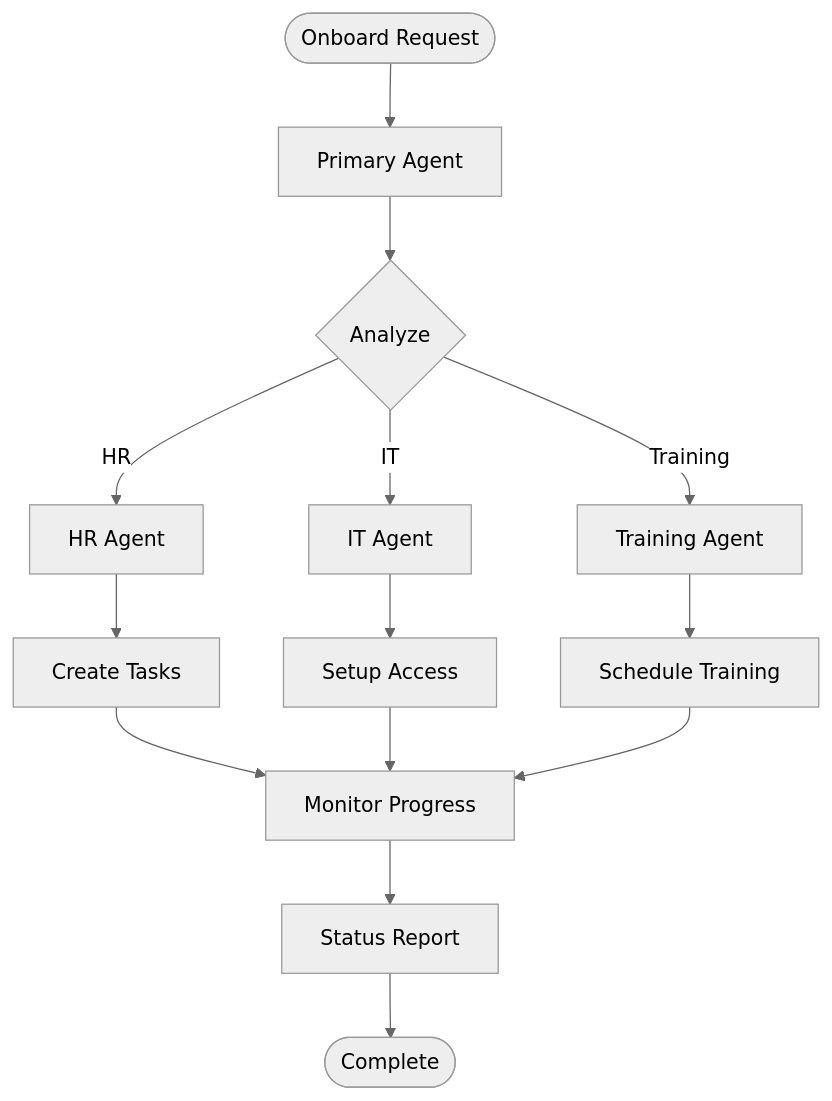
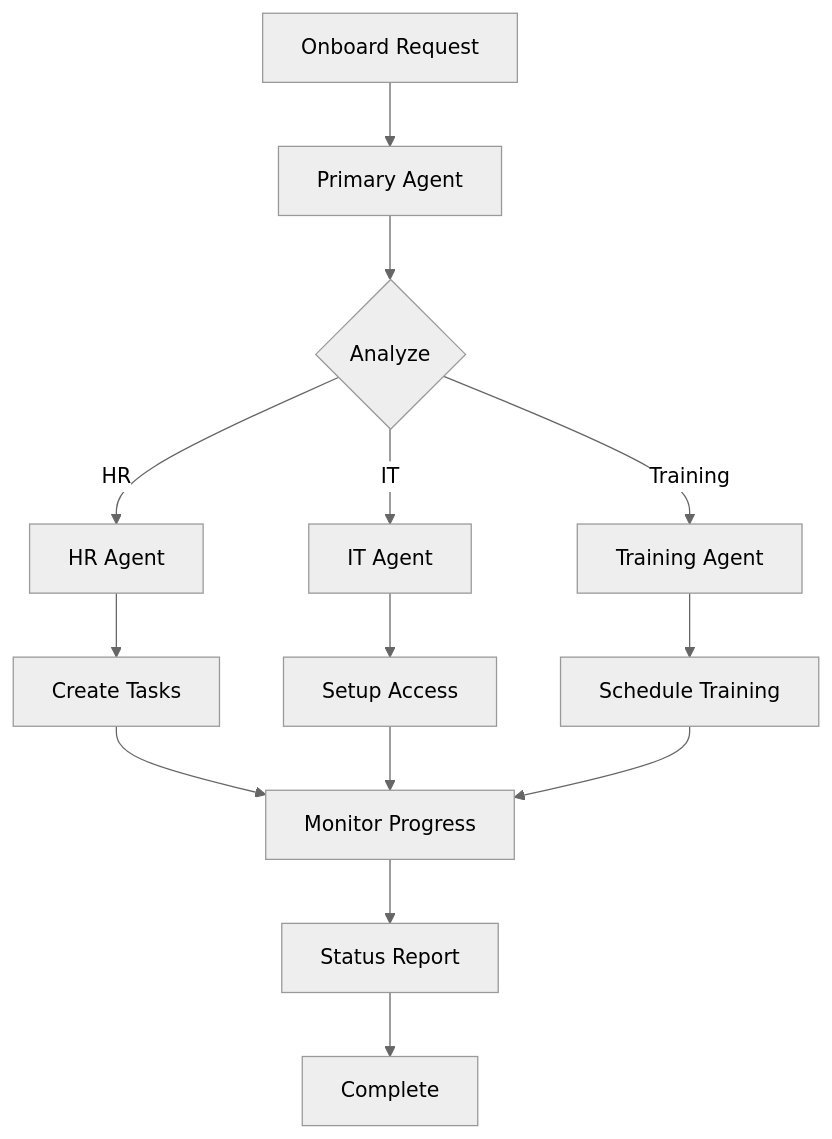
Before and after one commit to tallyfy/documentation: the second of 3 diagrams in src/content/docs/pro/integrations/mcp-server/microsoft-copilot-studio/index.mdx, drawn with Mermaid. The commit also changed other lines of this file and 46 other files, not shown here.

Commit message:
Update Mermaid notation

````diff
--- a/src/content/docs/pro/integrations/mcp-server/microsoft-copilot-studio/index.mdx
+++ b/src/content/docs/pro/integrations/mcp-server/microsoft-copilot-studio/index.mdx
@@ -91,25 +91,25 @@
 ```mermaid
 %%{init: {'theme':'neutral'}}%%
 flowchart TD
-    Start([Onboard Request]) --> Primary[Primary Agent]
-    
-    Primary --> Analyze{Analyze}
-    
-    Analyze -->|HR| HR[HR Agent]
-    Analyze -->|IT| IT[IT Agent]  
-    Analyze -->|Training| Train[Training Agent]
-    
-    HR --> HR1[Create Tasks]
-    IT --> IT1[Setup Access]
-    Train --> T1[Schedule Training]
-    
-    HR1 --> Monitor[Monitor Progress]
-    IT1 --> Monitor
-    T1 --> Monitor
-    
-    Monitor --> Status[Status Report]
-    Status --> End([Complete])
-    
-    click HR1 "/products/pro/tracking-and-tasks/tasks/index/" "Task management"
-    click Monitor "/products/pro/tracking-and-tasks/tracker-view/index/" "Process tracking"
+ Start[Onboard Request] --> Primary[Primary Agent]
+ 
+ Primary --> Analyze{Analyze}
+ 
+ Analyze -->|HR| HR[HR Agent]
+ Analyze -->|IT| IT[IT Agent] 
+ Analyze -->|Training| Train[Training Agent]
+ 
+ HR --> HR1[Create Tasks]
+ IT --> IT1[Setup Access]
+ Train --> T1[Schedule Training]
+ 
+ HR1 --> Monitor[Monitor Progress]
+ IT1 --> Monitor
+ T1 --> Monitor
+ 
+ Monitor --> Status[Status Report]
+ Status --> End[Complete]
+ 
+ click HR1 "/products/pro/tracking-and-tasks/tasks/index/" "Task management"
+ click Monitor "/products/pro/tracking-and-tasks/tracker-view/index/" "Process tracking"
 ```
````
